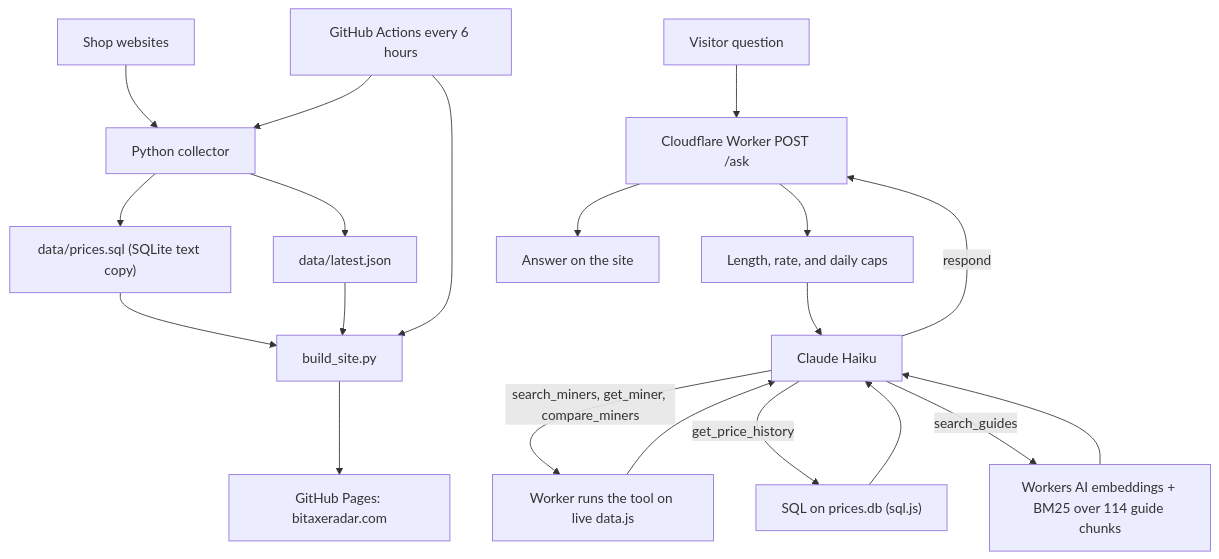
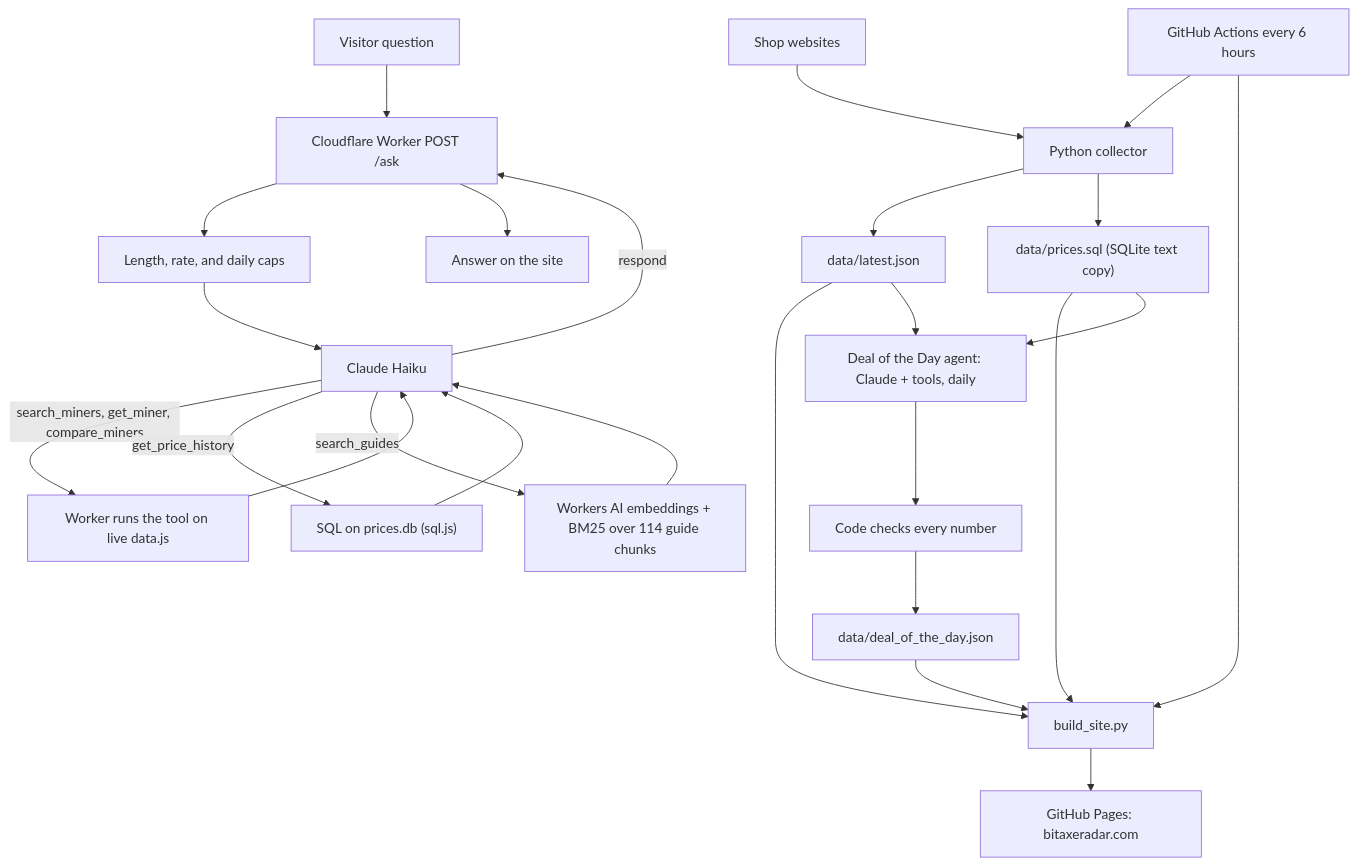
Before and after one commit to YoStoo/bitaxe-radar: the diagram in README.md, drawn with Mermaid. The commit also changed other lines of this file and 1 other file, not shown here.

Commit message:
docs: DEAL_AGENT.md (agents, tool loop, guardrails, evals, interview stories #34-#38) and README section

````diff
--- a/README.md
+++ b/README.md
@@ -65,23 +82,29 @@
 ```mermaid
 flowchart TD
   shops[Shop websites] --> collector[Python collector]
   gha[GitHub Actions every 6 hours] --> collector
   collector --> data["data/latest.json"]
   collector --> pricedb["data/prices.sql (SQLite text copy)"]
   pricedb --> build
   data --> build[build_site.py]
   gha --> build
   build --> site[GitHub Pages: bitaxeradar.com]
 
   visitor[Visitor question] --> worker[Cloudflare Worker POST /ask]
   worker --> guards[Length, rate, and daily caps]
   guards --> claude[Claude Haiku]
   claude -->|"search_miners, get_miner, compare_miners"| tools[Worker runs the tool on live data.js]
   tools --> claude
   claude -->|get_price_history| sql["SQL on prices.db (sql.js)"]
   sql --> claude
   claude -->|search_guides| rag[Workers AI embeddings + BM25 over 114 guide chunks]
   rag --> claude
   claude -->|respond| worker
   worker --> chat[Answer on the site]
+
+  pricedb --> deal[Deal of the Day agent: Claude + tools, daily]
+  data --> deal
+  deal --> guard[Code checks every number]
+  guard --> dealjson["data/deal_of_the_day.json"]
+  dealjson --> build
 ```
````
